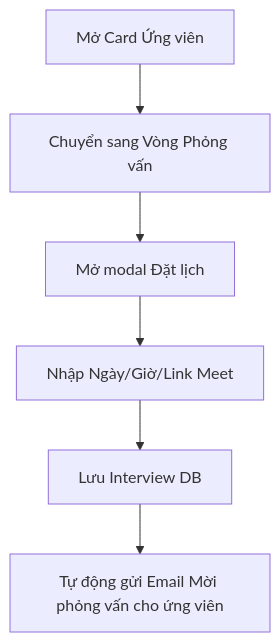
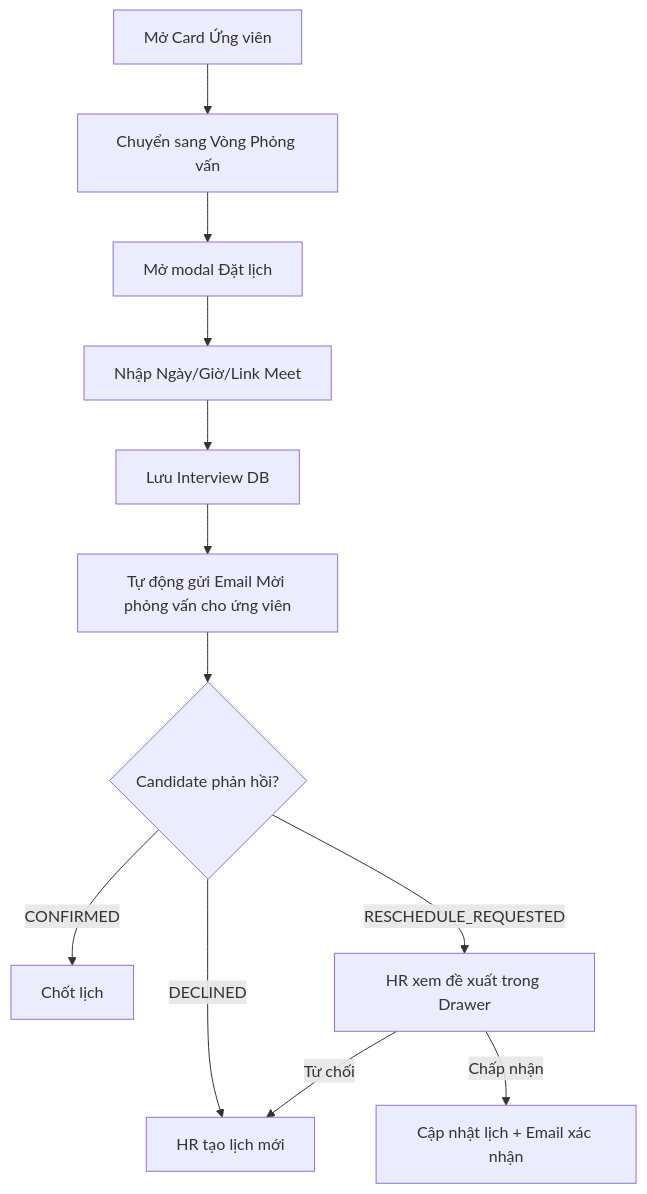
The diagram in nghiep_vu/epic-04_Pipeline_Automation/user-story-18_Dat_Lich_Phong_Van/user-story.md (VanHaPtit/EasyTech_FE), drawn with Mermaid before and after one commit. The commit also changed other lines of this file and 290 other files, not shown here.

````diff
--- a/nghiep_vu/epic-04_Pipeline_Automation/user-story-18_Dat_Lich_Phong_Van/user-story.md
+++ b/nghiep_vu/epic-04_Pipeline_Automation/user-story-18_Dat_Lich_Phong_Van/user-story.md
@@ -11,8 +11,14 @@
 ```mermaid
 graph TD
     A[Mở Card Ứng viên] --> B[Chuyển sang Vòng Phỏng vấn]
     B --> C[Mở modal Đặt lịch]
     C --> D[Nhập Ngày/Giờ/Link Meet]
     D --> E[Lưu Interview DB]
     E --> F[Tự động gửi Email Mời phỏng vấn cho ứng viên]
+    F --> G{Candidate phản hồi?}
+    G -- CONFIRMED --> H[Chốt lịch]
+    G -- DECLINED --> I[HR tạo lịch mới]
+    G -- RESCHEDULE_REQUESTED --> J[HR xem đề xuất trong Drawer]
+    J -- Chấp nhận --> K[Cập nhật lịch + Email xác nhận]
+    J -- Từ chối --> I
 ```
````
